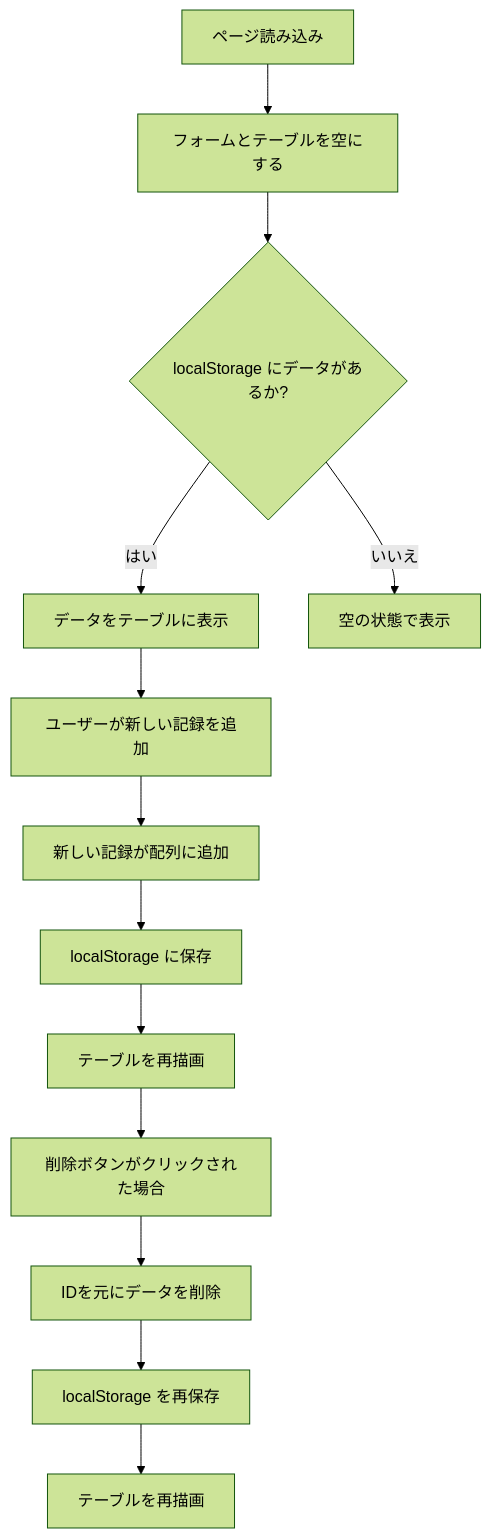
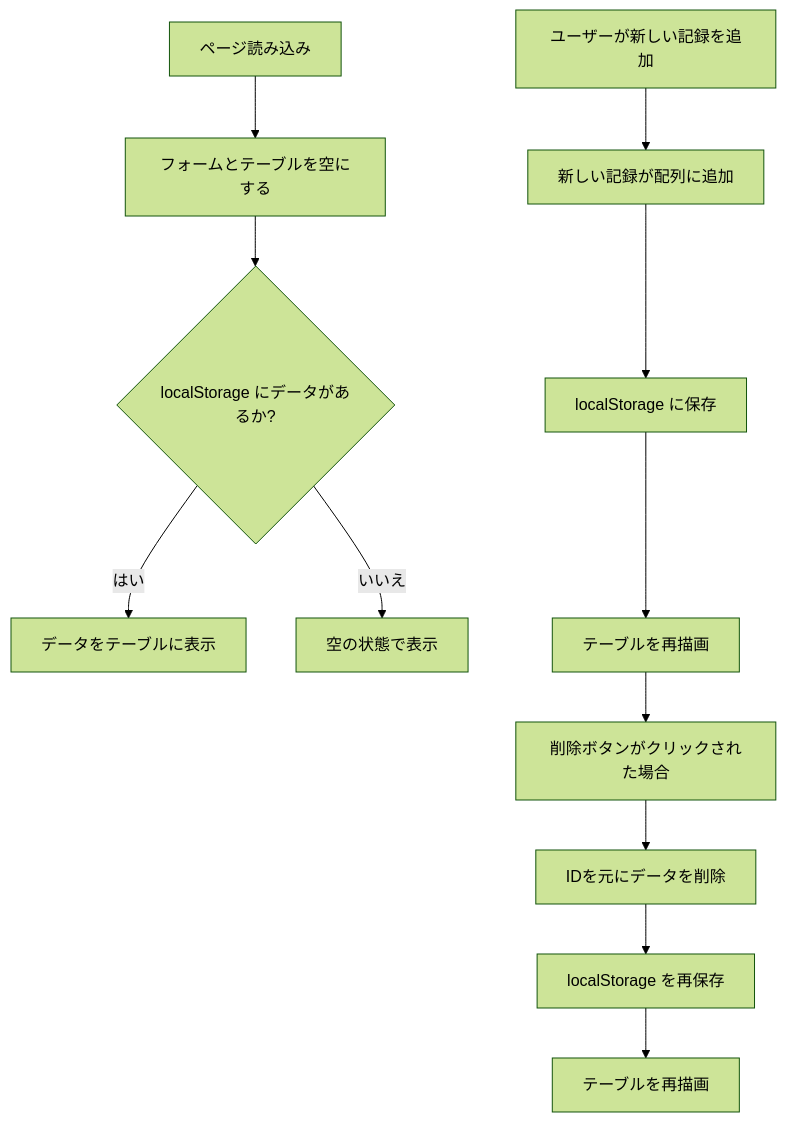
The second of 2 diagrams in D05.md (komiyamma/site_ichika_exercise_tracker), drawn with Mermaid (forest theme) before and after one commit.

Commit message:
fix: フローチャートの表示を修正 フローチャートの「ユーザーが新しい記録を追加」の部分の矢印を削除し、表示を整形しました。

````diff
--- a/D05.md
+++ b/D05.md
@@ -136,15 +136,15 @@
 ```mermaid
 flowchart TD
   A[ページ読み込み] --> B[フォームとテーブルを空にする]
   B --> C{localStorage にデータがあるか?}
   C -- はい --> D[データをテーブルに表示]
   C -- いいえ --> E[空の状態で表示]
-  D --> F[ユーザーが新しい記録を追加]
+  F[ユーザーが新しい記録を追加]
   F --> G[新しい記録が配列に追加]
   G --> H[localStorage に保存]
   H --> I[テーブルを再描画]
   I --> J[削除ボタンがクリックされた場合]
   J --> K[IDを元にデータを削除]
   K --> L[localStorage を再保存]
   L --> M[テーブルを再描画]
 ```
````
